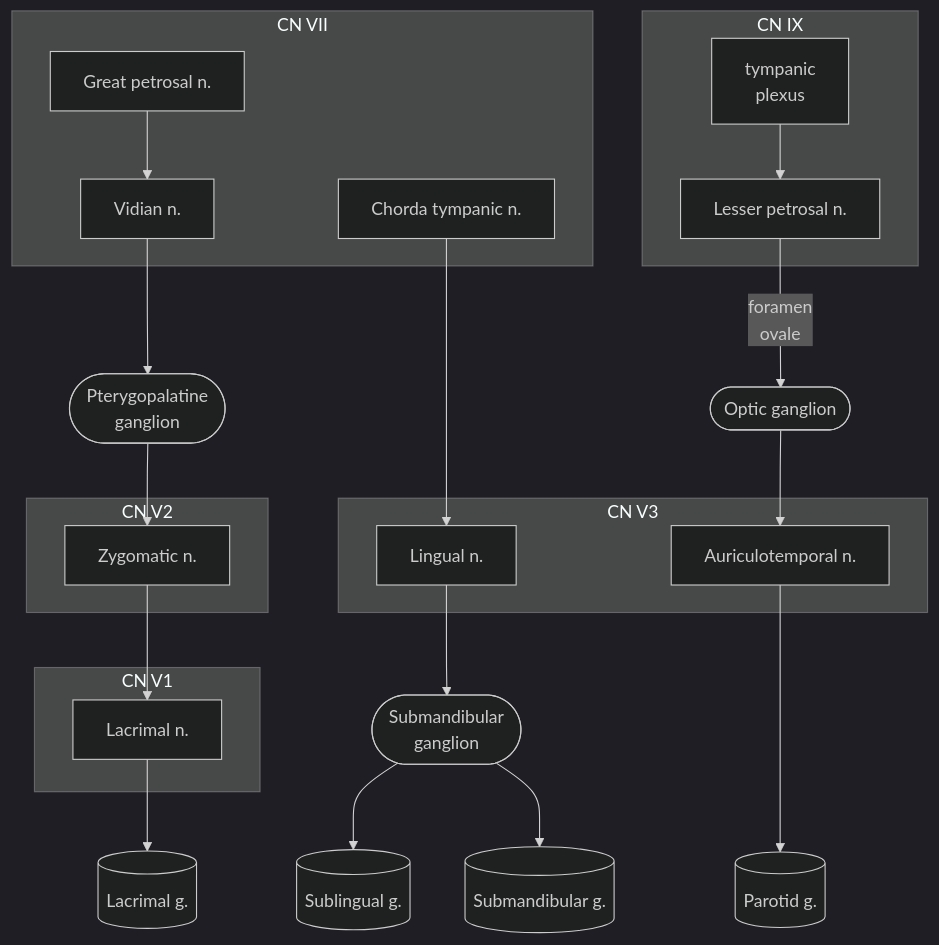
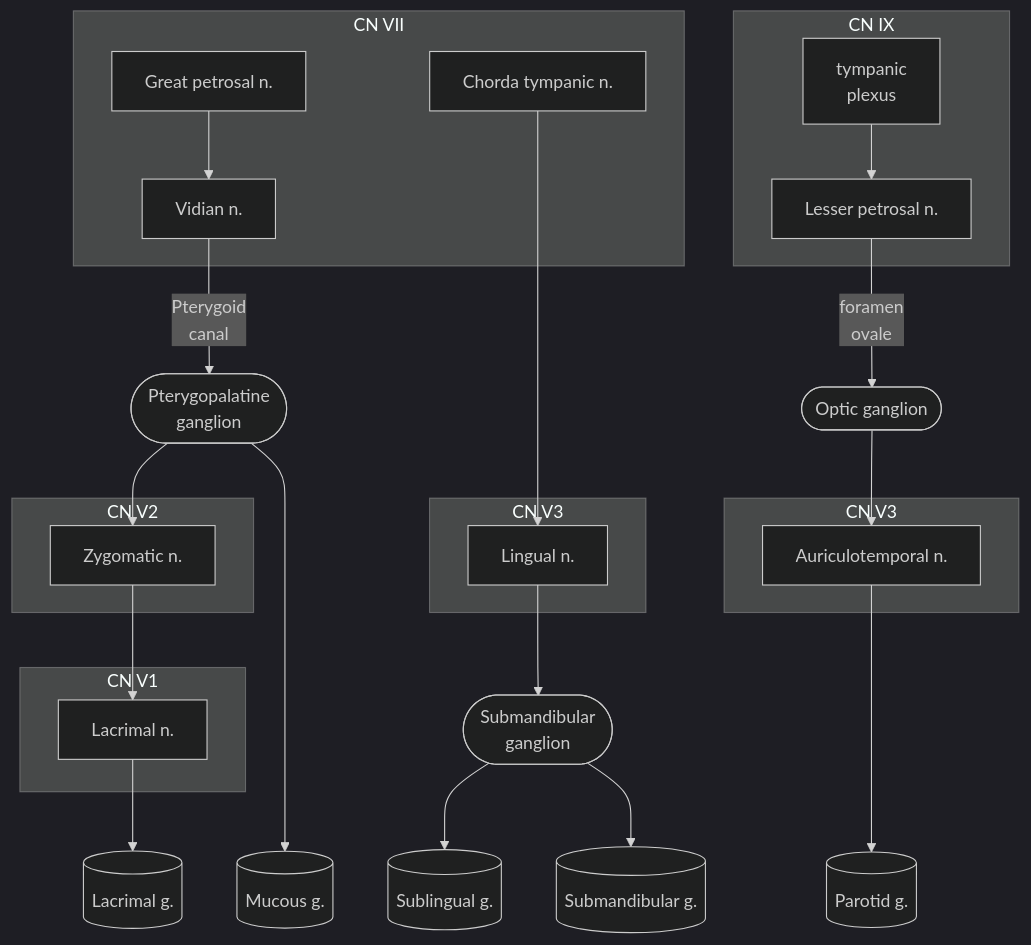
Diagram 13 of 20 in notes/口解.md (hsiu-chan/notebook), drawn with Mermaid (dark theme) before and after one commit. The commit also changed other lines of this file and 6 other files, not shown here.

````diff
--- a/notes/口解.md
+++ b/notes/口解.md
@@ -585,42 +605,48 @@
 ```mermaid
 flowchart TB
+
 subgraph 7[CN VII]
-ct[Chorda tympanic n.]
 gp[Great petrosal n.]
 v[Vidian n.]
+ct[Chorda tympanic n.]
 
 end
 subgraph 9[CN IX]
 tp[tympanic<br>plexus]
 lp[Lesser petrosal n.]
 end
 
 
 subgraph 52[CN V2]
 z
 end
 subgraph 53[CN V3]
-a[Auriculotemporal n. ]
 l[Lingual n.]
 
+end
+subgraph 54[CN V3]
+a[Auriculotemporal n. ]
 end
 
 subgraph 51[CN V1]
 lc
 end
 
+
 oga([Optic ganglion])
 mga([Submandibular<br>ganglion])
 
 tp-->lp--foramen<br>ovale-->oga-->a--->p[(Parotid g.)]
-ct--->l-->mga-->lg[(Sublingual g.)] & mg[(Submandibular g.)]
-gp-->v-->pga([Pterygopalatine<br>ganglion])-->z[Zygomatic n.]-->lc[Lacrimal n.]-->ag[(Lacrimal g.)]
+ct---->l-->mga-->lg[(Sublingual g.)] & mg[(Submandibular g.)]
+gp-->v-->|Pterygoid<br>canal|pga([Pterygopalatine<br>ganglion])-->z[Zygomatic n.]-->lc[Lacrimal n.]-->ag[(Lacrimal g.)]
+pga---->mug[(Mucous g.)]
+
 
 click pga "#pterygopalatine-ganglion"
 click a "#posterior-division"
 click l "#posterior-division"
 click lp "#lesser-petrosal-n"
 click ct "#chorda-tympanic-n"
 click z "#cn-v2"
 click lc "#cn-v1"
 ```
````
